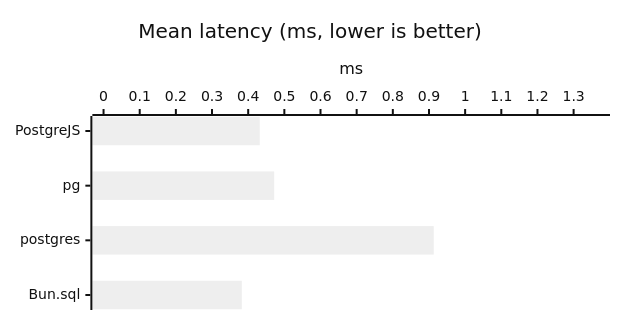
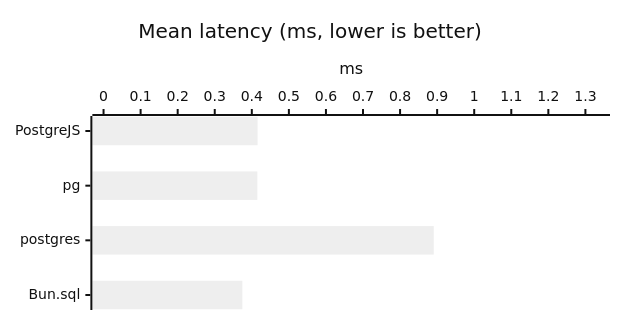
Diagram 13 of 47 in doc/BENCHMARKS-bun.md (panates/postgrejs), drawn with Mermaid (neutral theme) before and after one commit. The commit also changed other lines of this file and 1 other file, not shown here.

````diff
--- a/doc/BENCHMARKS-bun.md
+++ b/doc/BENCHMARKS-bun.md
@@ -330,8 +359,8 @@
 ```mermaid
 %%{init: {'xyChart': {'width': 600, 'height': 300, 'chartOrientation': 'horizontal'}}}%%
 xychart-beta
     title "Mean latency (ms, lower is better)"
     x-axis ["PostgreJS", "pg", "postgres", "Bun.sql"]
-    y-axis "ms" 0.0000 --> 1.3697
-    bar [0.4319, 0.4719, 0.9131, 0.3823]
+    y-axis "ms" 0.0000 --> 1.3362
+    bar [0.4155, 0.4149, 0.8908, 0.3745]
 ```
````
